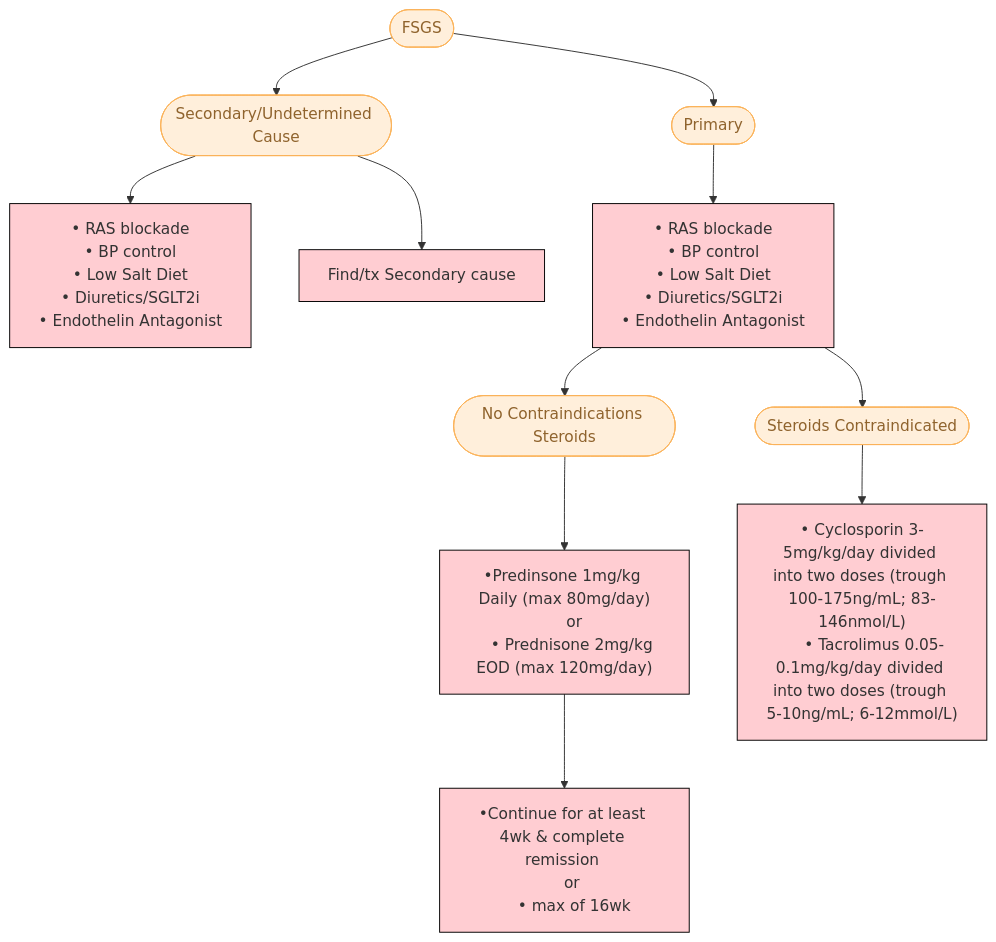
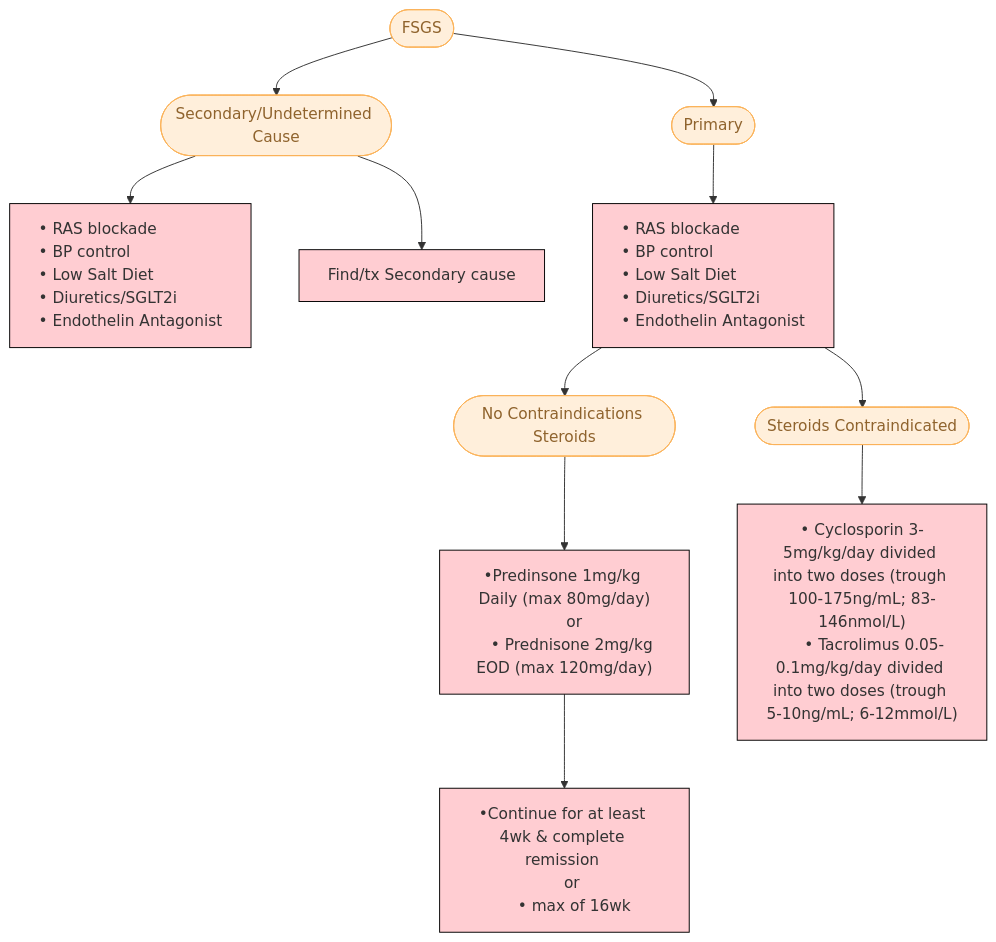
Before and after one commit to TTUNEPH2025/GN: the second of 3 diagrams in docs/FSGS.md, drawn with Mermaid.

````diff
--- a/docs/FSGS.md
+++ b/docs/FSGS.md
@@ -107,36 +107,36 @@
 ```mermaid
 flowchart TD
     A(["FSGS"]) --> B(["Primary"]) & n1(["Secondary/Undetermined Cause"])
     n1 --> n2["• RAS blockade
      • BP control
      • Low Salt Diet
      • Diuretics/SGLT2i"
      • Endothelin Antagonist] & n3["Find/tx Secondary cause"]
     B --> n26["• RAS blockade
      • BP control
      • Low Salt Diet
      • Diuretics/SGLT2i
      • Endothelin Antagonist"]
     n4["•Predinsone 1mg/kg Daily (max 80mg/day)
     or
     • Prednisone 2mg/kg EOD (max 120mg/day)"] --> n5["•Continue for at least 4wk & complete remission 
     or 
     • max of 16wk"]
     n24(["Steroids Contraindicated"]) --> n25["• Cyclosporin 3-5mg/kg/day divided into two doses (trough 100-175ng/mL; 83-146nmol/L)
      • Tacrolimus 0.05-0.1mg/kg/day divided into two doses (trough 5-10ng/mL; 6-12mmol/L)"]
     n26 --> n24 & n27(["No Contraindications Steroids"])
     n27 --> n4
      A:::Peach
      B:::Peach
      n1:::Peach
      n24:::Peach
      n27:::Peach
     classDef Peach stroke-width:1px, stroke-dasharray:none, stroke:#FBB35A, fill:#FFEFDB, color:#8F632D
     classDef Class_01 fill:#FFCDD2
-    style n2 fill:#FFCDD2,stroke:#000000
+    style n2 fill:#FFCDD2,stroke:#000000, text-align:left
     style n3 fill:#FFCDD2,stroke:#000000
-    style n26 fill:#FFCDD2,stroke:#000000
+    style n26 fill:#FFCDD2,stroke:#000000, text-align:left
     style n4 fill:#FFCDD2,stroke:#000000
     style n5 stroke:#000000,fill:#FFCDD2
     style n25 fill:#FFCDD2,stroke:#000000
 ```
````
